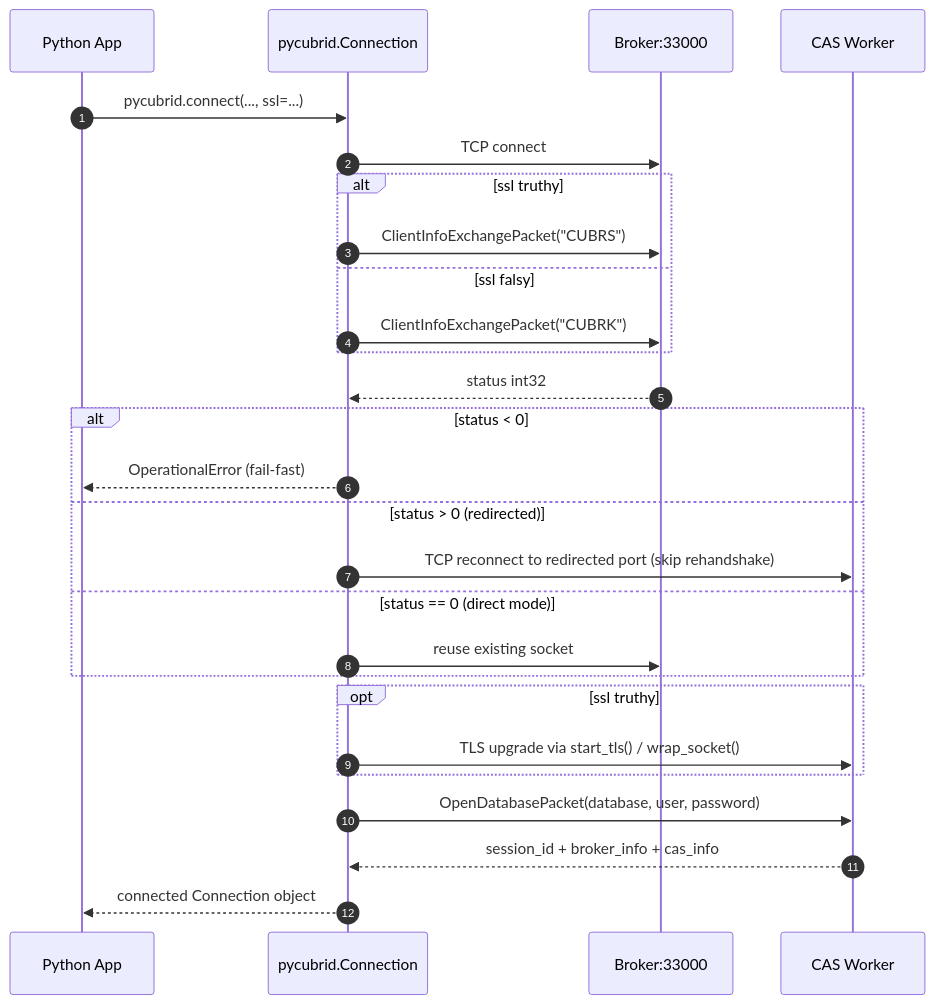
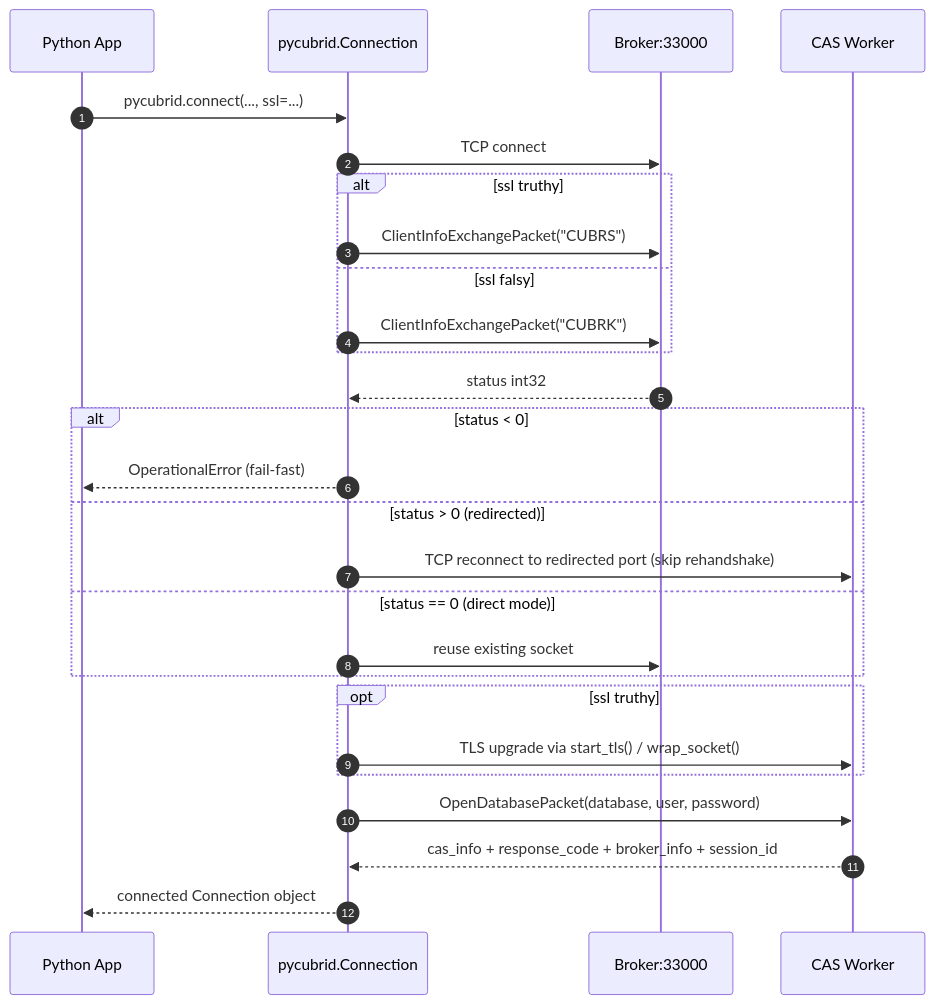
One commit to cubrid-lab/pycubrid changed the second of 2 diagrams in docs/CONNECTION.md. Above: the diagram before and after it, drawn with Mermaid. The commit also changed 11 other files, not shown here.

````diff
--- a/docs/CONNECTION.md
+++ b/docs/CONNECTION.md
@@ -389,30 +389,30 @@
 ```mermaid
 sequenceDiagram
   autonumber
   participant App as Python App
   participant Driver as pycubrid.Connection
   participant Broker as Broker:33000
   participant CAS as CAS Worker
 
   App->>Driver: pycubrid.connect(..., ssl=...)
   Driver->>Broker: TCP connect
   alt ssl truthy
     Driver->>Broker: ClientInfoExchangePacket("CUBRS")
   else ssl falsy
     Driver->>Broker: ClientInfoExchangePacket("CUBRK")
   end
   Broker-->>Driver: status int32
   alt status < 0
     Driver-->>App: OperationalError (fail-fast)
   else status > 0 (redirected)
     Driver->>CAS: TCP reconnect to redirected port (skip rehandshake)
   else status == 0 (direct mode)
     Driver->>Broker: reuse existing socket
   end
   opt ssl truthy
     Driver->>CAS: TLS upgrade via start_tls() / wrap_socket()
   end
   Driver->>CAS: OpenDatabasePacket(database, user, password)
-  CAS-->>Driver: session_id + broker_info + cas_info
+  CAS-->>Driver: cas_info + response_code + broker_info + session_id
   Driver-->>App: connected Connection object
 ```
````
